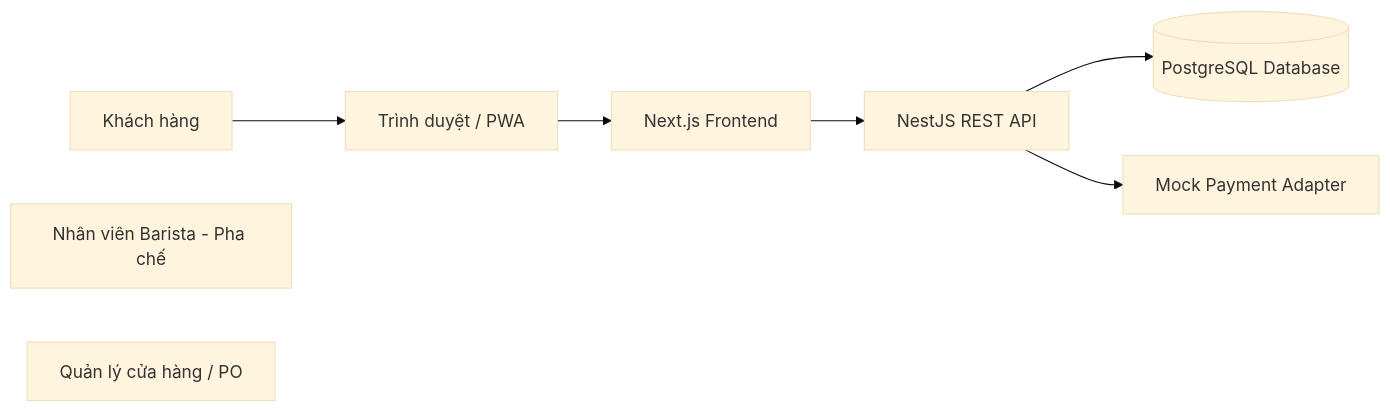
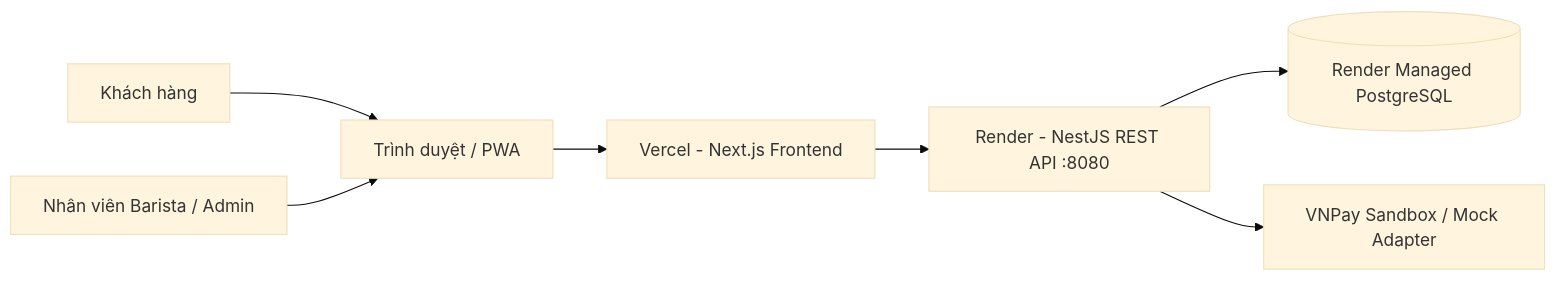
The first of 2 diagrams in README.md (dangtuan992006/SWE_Project_Assignment2), drawn with Mermaid (base theme) before and after one commit. The commit also changed other lines of this file and 11 other files, not shown here.

Commit message:
[Docs]: đồng bộ SRS (17 FRs, 20 NFRs), sơ đồ UML/SVG, ma trận RTM và README với mã nguồn

````diff
--- a/README.md
+++ b/README.md
@@ -71,11 +78,9 @@
 ```mermaid
 flowchart LR
     Customer[Khách hàng] --> Browser[Trình duyệt / PWA]
-    Browser --> FE[Next.js Frontend]
-    FE --> API[NestJS REST API]
-    API --> DB[(PostgreSQL Database)]
-    API --> Pay[Mock Payment Adapter]
-
-    Staff[Nhân viên Barista - Pha chế]
-    Admin[Quản lý cửa hàng / PO]
+    Staff[Nhân viên Barista / Admin] --> Browser
+    Browser --> FE[Vercel - Next.js Frontend]
+    FE --> API[Render - NestJS REST API :8080]
+    API --> DB[(Render Managed PostgreSQL)]
+    API --> Pay[VNPay Sandbox / Mock Adapter]
 ```
````
